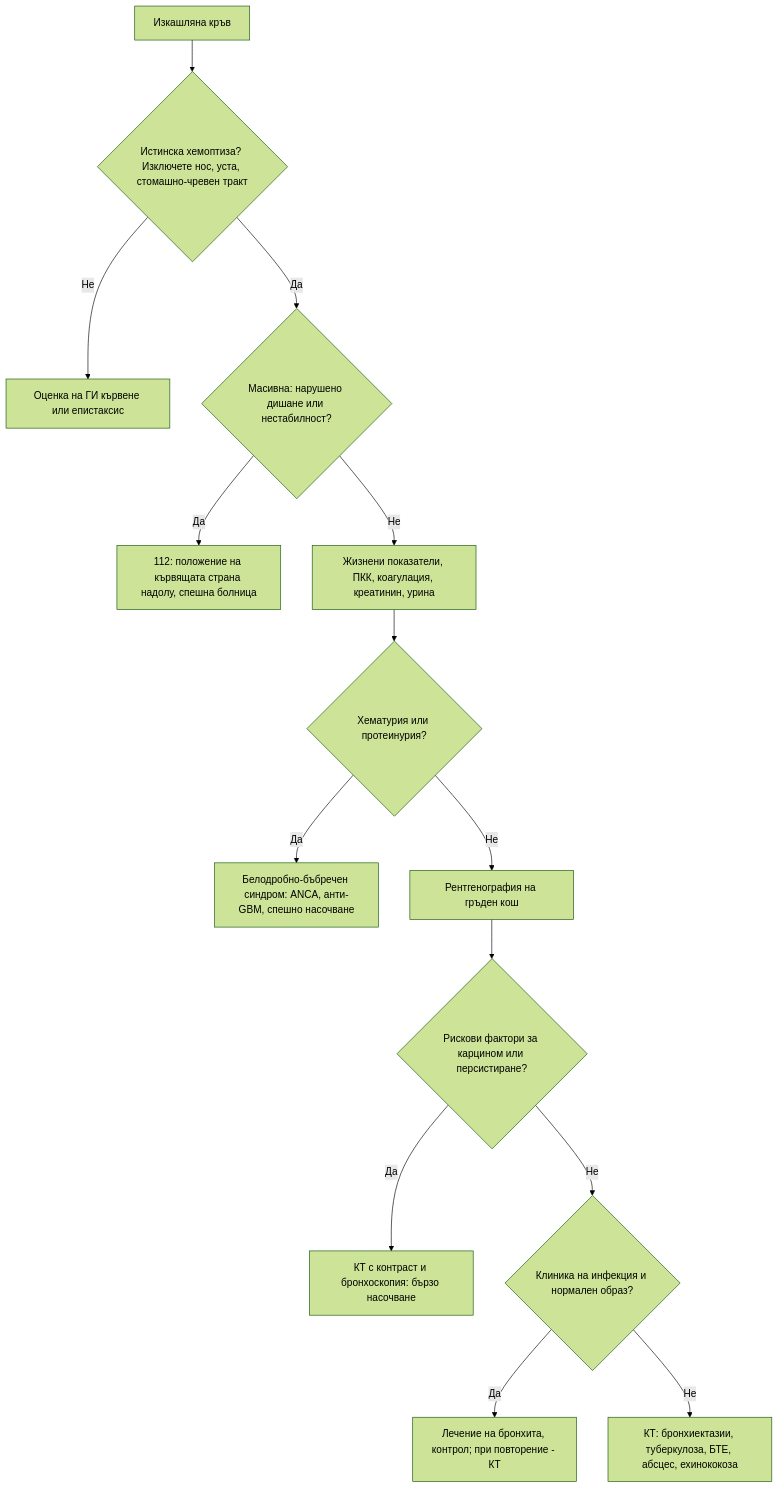
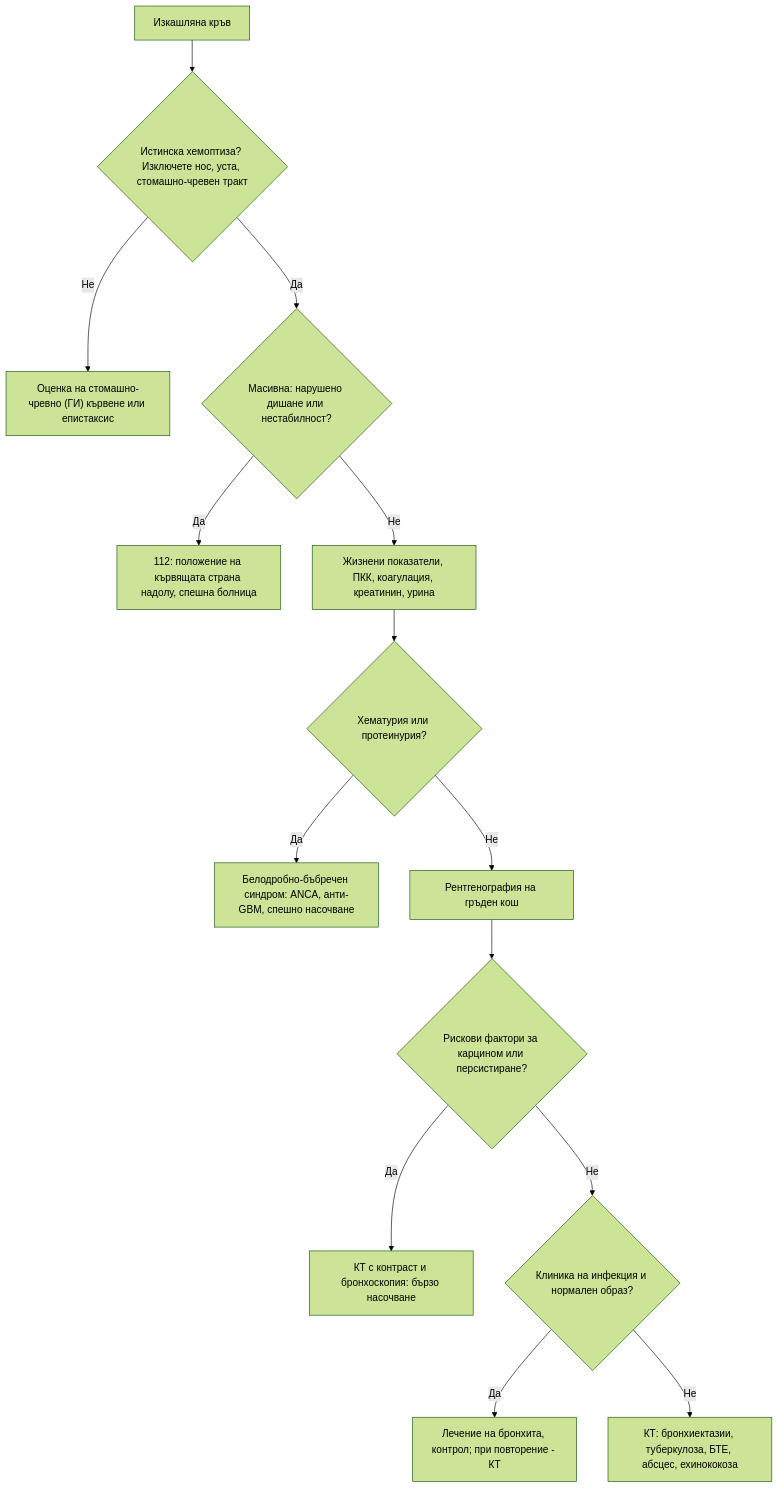
Before and after one commit to yancho26/yancho: the diagram in glavi/17-hemoptiza.md, drawn with Mermaid (forest theme). The commit also changed other lines of this file and 46 other files, not shown here.

````diff
--- a/glavi/17-hemoptiza.md
+++ b/glavi/17-hemoptiza.md
@@ -148,16 +148,16 @@
 ```mermaid
 flowchart TD
     A["Изкашляна кръв"] --> B{"Истинска хемоптиза? Изключете нос, уста, стомашно-чревен тракт"}
-    B -->|Не| C["Оценка на ГИ кървене или епистаксис"]
+    B -->|Не| C["Оценка на стомашно-чревно (ГИ) кървене или епистаксис"]
     B -->|Да| D{"Масивна: нарушено дишане или нестабилност?"}
     D -->|Да| E["112: положение на кървящата страна надолу, спешна болница"]
     D -->|Не| F["Жизнени показатели, ПКК, коагулация, креатинин, урина"]
     F --> G{"Хематурия или протеинурия?"}
     G -->|Да| H["Белодробно-бъбречен синдром: ANCA, анти-GBM, спешно насочване"]
     G -->|Не| I["Рентгенография на гръден кош"]
     I --> J{"Рискови фактори за карцином или персистиране?"}
     J -->|Да| K["КТ с контраст и бронхоскопия: бързо насочване"]
     J -->|Не| L{"Клиника на инфекция и нормален образ?"}
     L -->|Да| M["Лечение на бронхита, контрол; при повторение - КТ"]
     L -->|Не| N["КТ: бронхиектазии, туберкулоза, БТЕ, абсцес, ехинококоза"]
 ```
````
